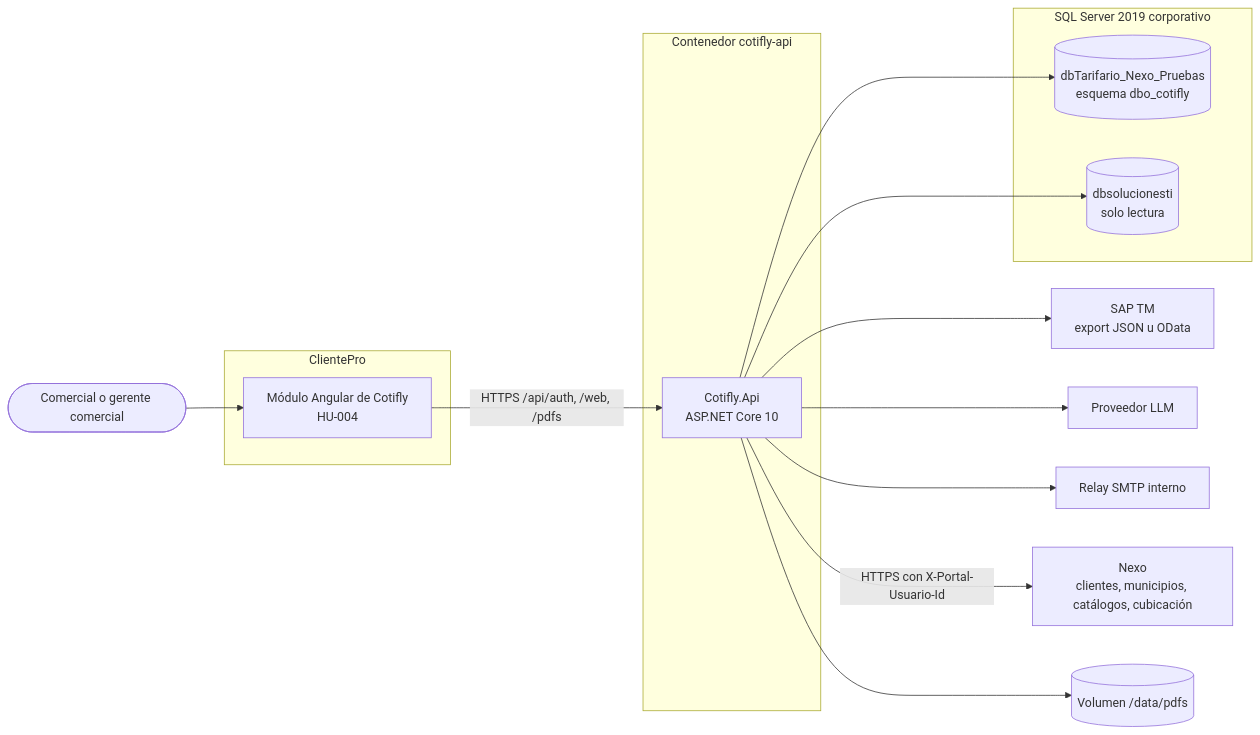
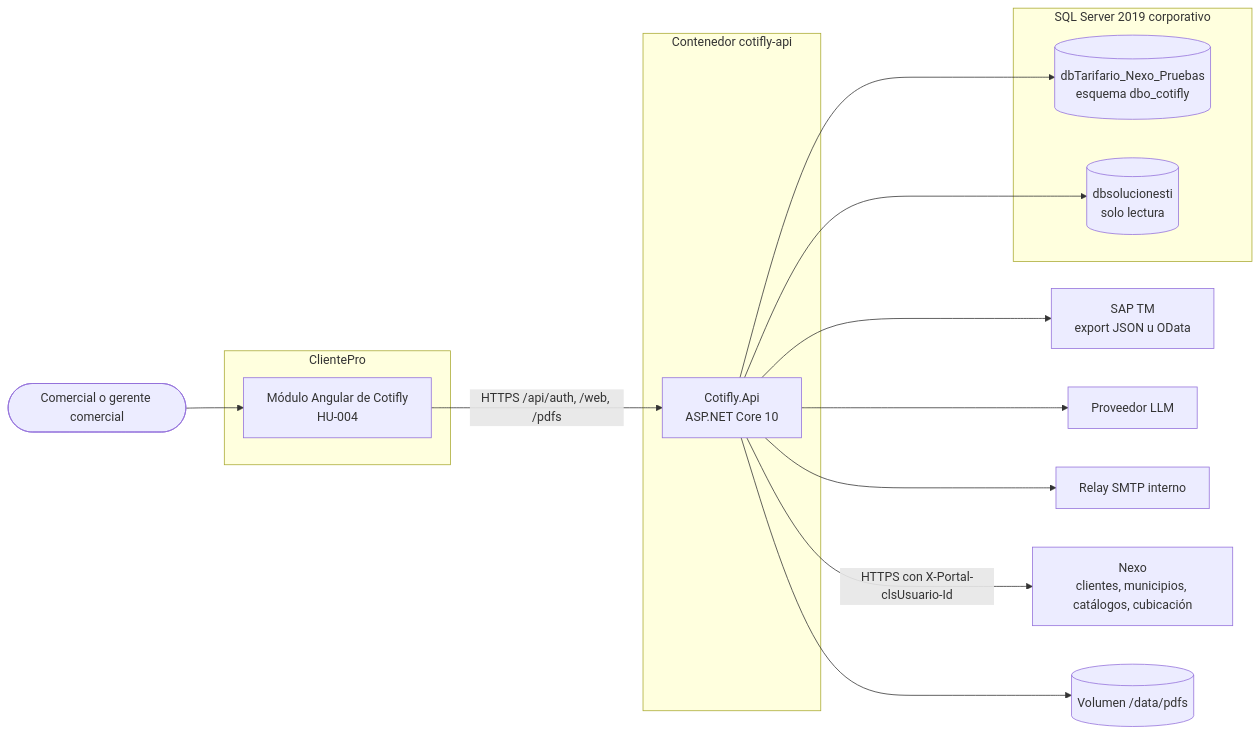
Before and after one commit to InnovacionIA-proyectos/Cotifly: the first of 7 diagrams in backend-dotnet/docs/02-arquitectura.md, drawn with Mermaid. The commit also changed other lines of this file and 37 other files, not shown here.

First line of the commit message:
HU-023.4: envío a Nexo por camión con los datos del cubicador (#159)

````diff
--- a/backend-dotnet/docs/02-arquitectura.md
+++ b/backend-dotnet/docs/02-arquitectura.md
@@ -25,29 +25,29 @@
 ```mermaid
 flowchart LR
     comercial([Comercial o gerente comercial])
     subgraph clientepro[ClientePro]
         front[Módulo Angular de Cotifly<br/>HU-004]
     end
     subgraph contenedor[Contenedor cotifly-api]
         api[Cotifly.Api<br/>ASP.NET Core 10]
     end
     subgraph sql[SQL Server 2019 corporativo]
         dbc[(dbTarifario_Nexo_Pruebas<br/>esquema dbo_cotifly)]
         dbi[(dbsolucionesti<br/>solo lectura)]
     end
     sap[SAP TM<br/>export JSON u OData]
     llm[Proveedor LLM]
     smtp[Relay SMTP interno]
     nexo[Nexo<br/>clientes, municipios, catálogos, cubicación]
     pdfs[(Volumen /data/pdfs)]
 
     comercial --> front
     front -- "HTTPS /api/auth, /web, /pdfs" --> api
     api --> dbc
     api --> dbi
     api --> sap
     api --> llm
     api --> smtp
-    api -- "HTTPS con X-Portal-Usuario-Id" --> nexo
+    api -- "HTTPS con X-Portal-clsUsuario-Id" --> nexo
     api --> pdfs
 ```
````
